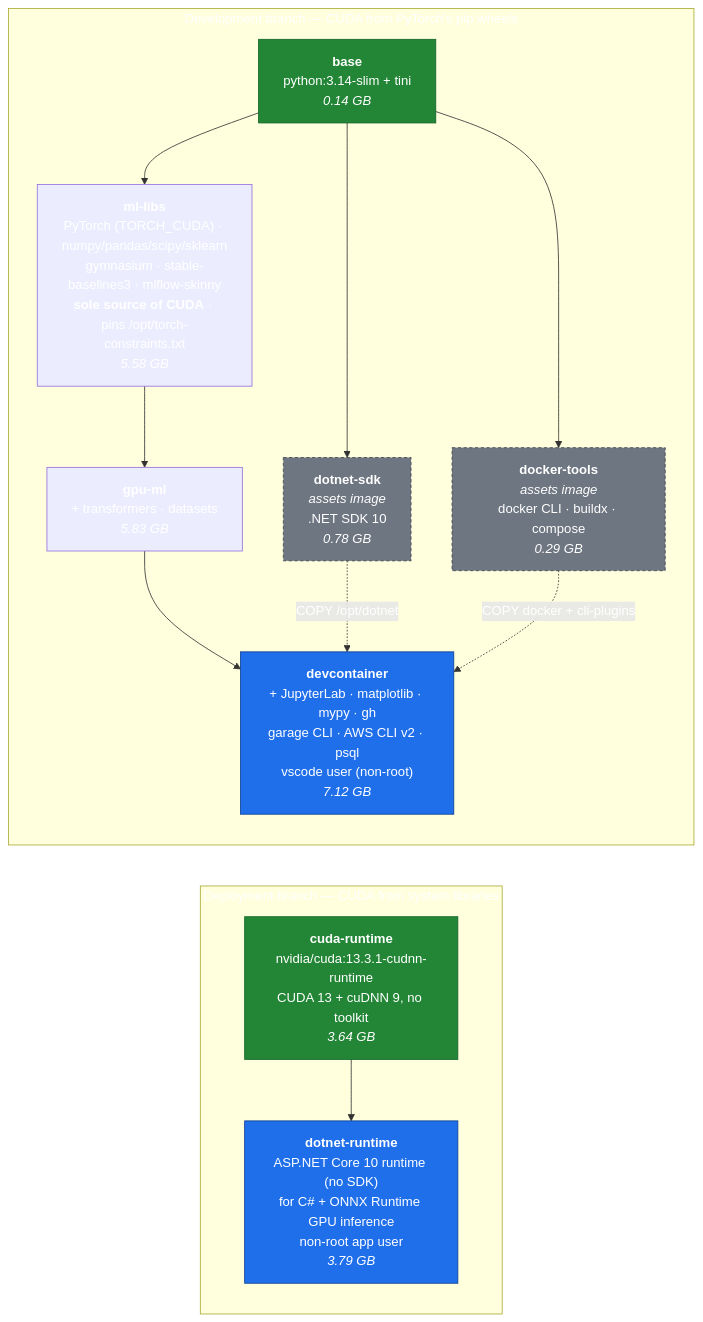
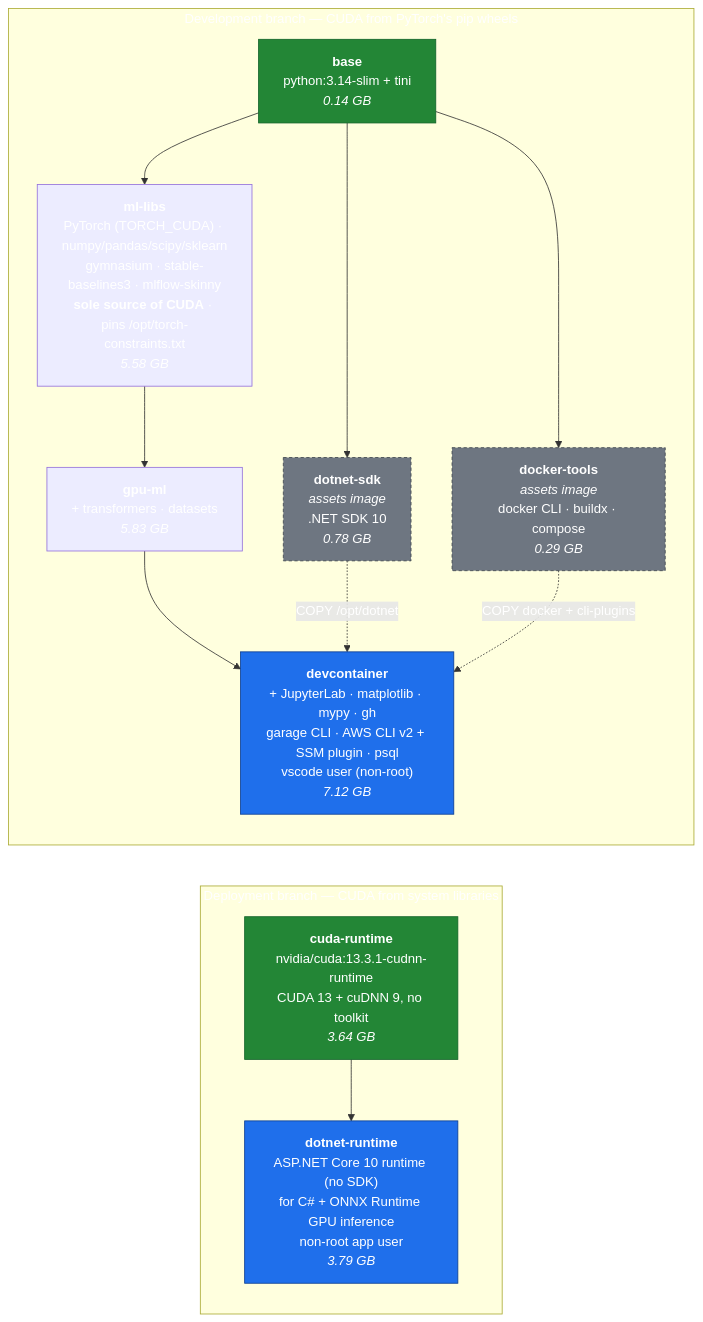
One commit to goldsam/ml-images changed the diagram in README.md. Above: the diagram before and after it, drawn with Mermaid. The commit also changed 4 other files, not shown here.

First line of the commit message:
Add the AWS Session Manager plugin to the devcontainer

````diff
--- a/README.md
+++ b/README.md
@@ -16,37 +16,37 @@
 ```mermaid
 graph TD
     subgraph dev["Development branch — CUDA from PyTorch's pip wheels"]
         direction TB
         base["<b>base</b><br/>python:3.14-slim + tini<br/><i>0.14 GB</i>"]
         mllibs["<b>ml-libs</b><br/>PyTorch (TORCH_CUDA) · numpy/pandas/scipy/sklearn<br/>gymnasium · stable-baselines3 · mlflow-skinny<br/><b>sole source of CUDA</b> · pins /opt/torch-constraints.txt<br/><i>5.58 GB</i>"]
         gpuml["<b>gpu-ml</b><br/>+ transformers · datasets<br/><i>5.83 GB</i>"]
-        devc["<b>devcontainer</b><br/>+ JupyterLab · matplotlib · mypy · gh<br/>garage CLI · AWS CLI v2 · psql<br/>vscode user (non-root)<br/><i>7.12 GB</i>"]
+        devc["<b>devcontainer</b><br/>+ JupyterLab · matplotlib · mypy · gh<br/>garage CLI · AWS CLI v2 + SSM plugin · psql<br/>vscode user (non-root)<br/><i>7.12 GB</i>"]
         dotnetsdk["<b>dotnet-sdk</b><br/><i>assets image</i><br/>.NET SDK 10<br/><i>0.78 GB</i>"]
         dockertools["<b>docker-tools</b><br/><i>assets image</i><br/>docker CLI · buildx · compose<br/><i>0.29 GB</i>"]
 
         base --> mllibs
         base --> dotnetsdk
         base --> dockertools
         mllibs --> gpuml
         gpuml --> devc
         dotnetsdk -.->|"COPY /opt/dotnet"| devc
         dockertools -.->|"COPY docker + cli-plugins"| devc
     end
 
     subgraph deploy["Deployment branch — CUDA from system libraries"]
         direction TB
         cudart["<b>cuda-runtime</b><br/>nvidia/cuda:13.3.1-cudnn-runtime<br/>CUDA 13 + cuDNN 9, no toolkit<br/><i>3.64 GB</i>"]
         dotnetrt["<b>dotnet-runtime</b><br/>ASP.NET Core 10 runtime (no SDK)<br/>for C# + ONNX Runtime GPU inference<br/>non-root app user<br/><i>3.79 GB</i>"]
 
         cudart --> dotnetrt
     end
 
     devc ~~~ deploy
 
     classDef leaf fill:#1f6feb,stroke:#0b3d91,color:#fff
     classDef assets fill:#6e7681,stroke:#3d444d,color:#fff,stroke-dasharray:4 3
     classDef root fill:#238636,stroke:#116329,color:#fff
     class devc,dotnetrt leaf
     class dotnetsdk,dockertools assets
     class base,cudart root
 ```
````
